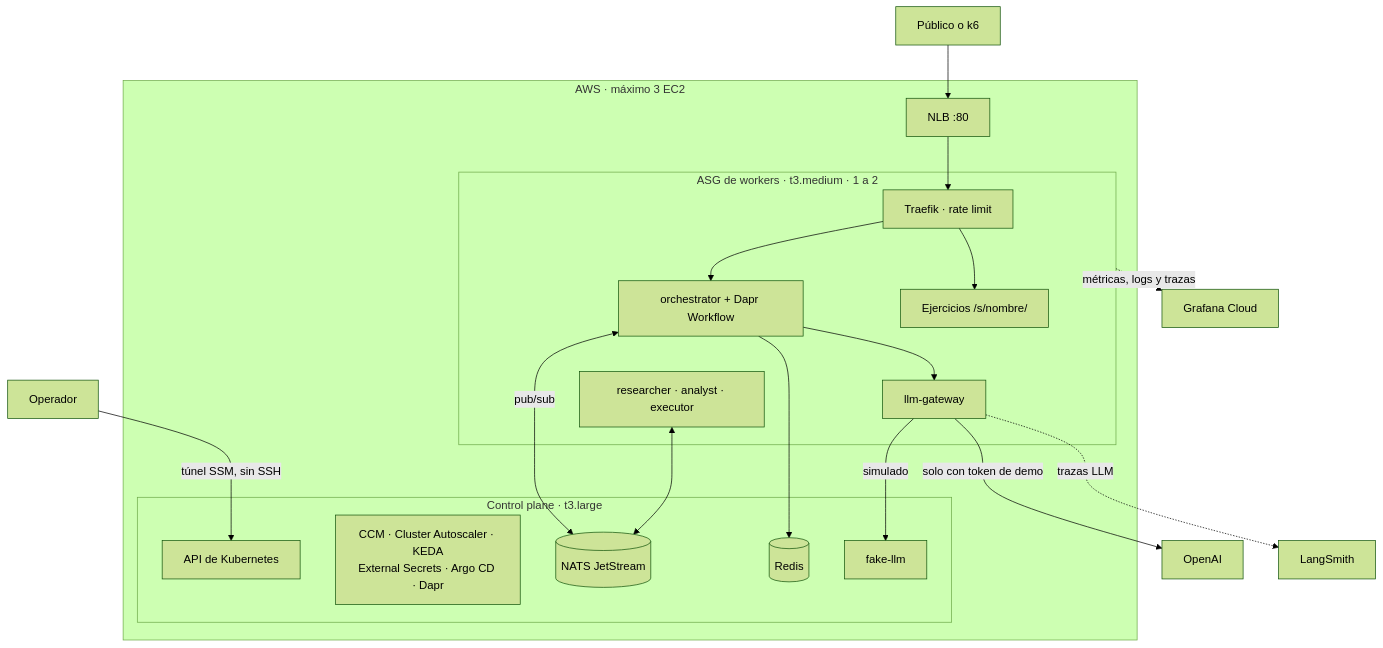
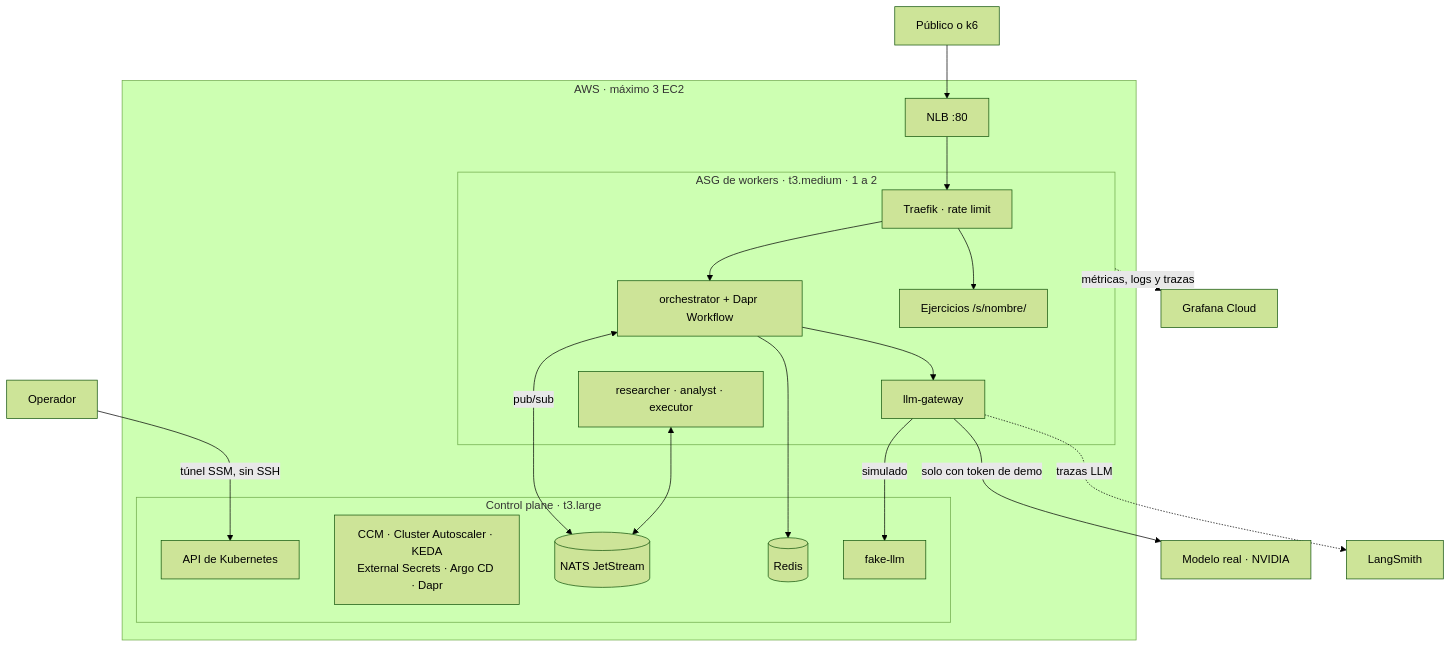
Before and after one commit to Andresm98/03-agentic-platform-swe: the first of 2 diagrams in README.md, drawn with Mermaid (forest theme). The commit also changed other lines of this file and 2 other files, not shown here.

````diff
--- a/README.md
+++ b/README.md
@@ -38,36 +38,36 @@
 ```mermaid
 flowchart TB
   user["Público o k6"] --> nlb["NLB :80"]
   operator["Operador"] -->|"túnel SSM, sin SSH"| api["API de Kubernetes"]
 
   subgraph vpc["AWS · máximo 3 EC2"]
     nlb --> traefik
 
     subgraph workers["ASG de workers · t3.medium · 1 a 2"]
       traefik["Traefik · rate limit"]
       orch["orchestrator + Dapr Workflow"]
       agents["researcher · analyst · executor"]
       gw["llm-gateway"]
       student["Ejercicios /s/nombre/"]
     end
 
     subgraph cp["Control plane · t3.large"]
       api
       platform["CCM · Cluster Autoscaler · KEDA<br/>External Secrets · Argo CD · Dapr"]
       nats[("NATS JetStream")]
       redis[("Redis")]
       fake["fake-llm"]
     end
   end
 
   traefik --> orch
   traefik --> student
   orch <-->|"pub/sub"| nats
   agents <--> nats
   orch --> redis
   orch --> gw
   gw -->|"simulado"| fake
-  gw -->|"solo con token de demo"| openai["OpenAI"]
+  gw -->|"solo con token de demo"| openai["Modelo real · NVIDIA"]
   gw -.->|"trazas LLM"| langsmith["LangSmith"]
   workers -.->|"métricas, logs y trazas"| grafana["Grafana Cloud"]
 ```
````
